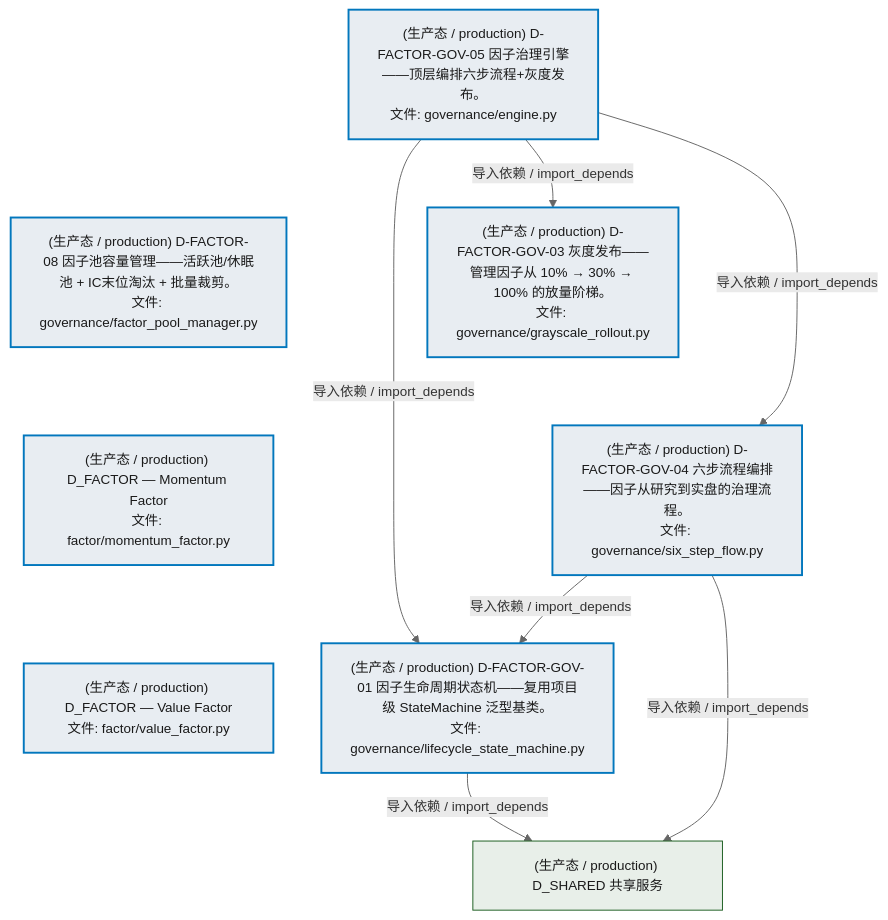
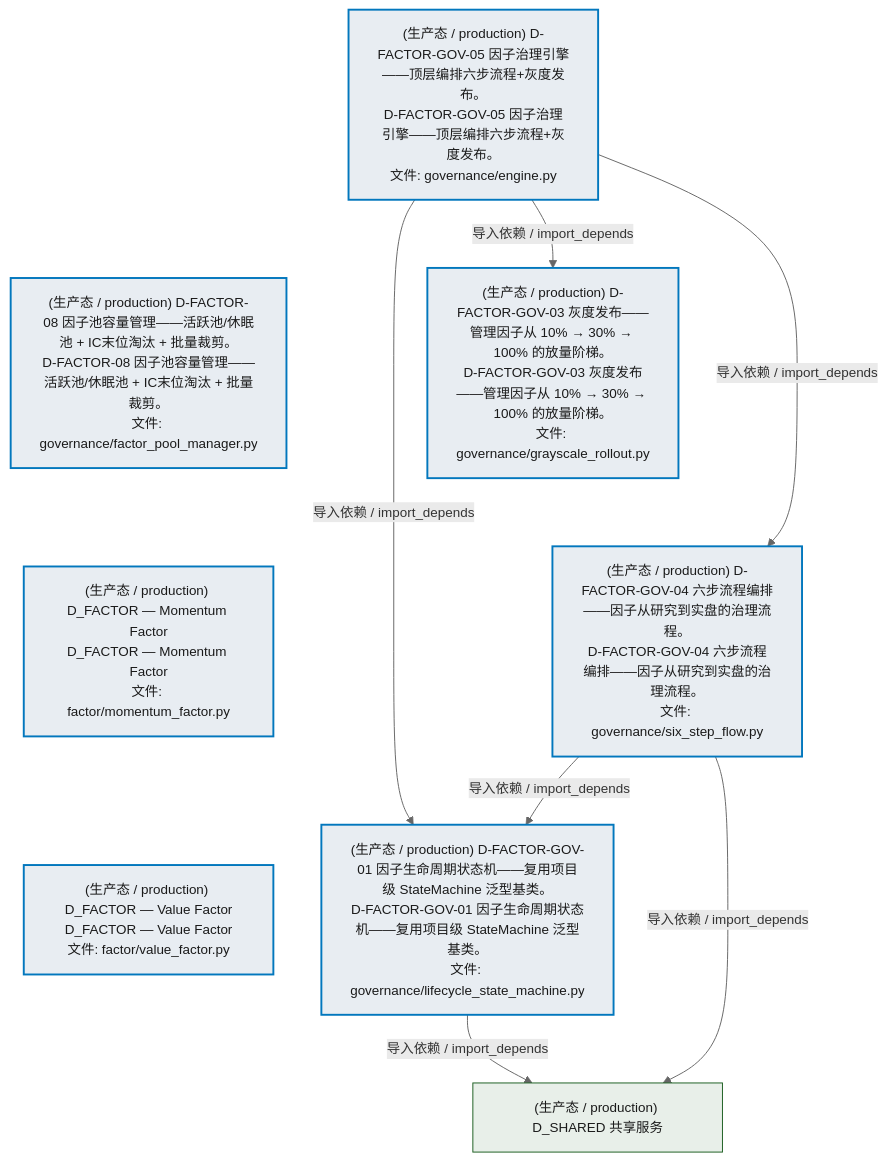
One commit to xuanFelixVan/ZephyrAlpha changed the second of 4 diagrams in docs/02_enterprise_architecture/02_domain_architecture_docs/46_d_factor.md. Above: the diagram before and after it, drawn with Mermaid. The commit also changed other lines of this file and 80 other files, not shown here.

````diff
--- a/docs/02_enterprise_architecture/02_domain_architecture_docs/46_d_factor.md
+++ b/docs/02_enterprise_architecture/02_domain_architecture_docs/46_d_factor.md
@@ -212,28 +214,28 @@
 ```mermaid
 %%{init: {'theme': 'base', 'themeVariables': {'primaryColor': '#eaeaea', 'primaryTextColor': '#333333', 'primaryBorderColor': '#666666', 'lineColor': '#666666', 'secondaryColor': '#eaeaea', 'tertiaryColor': '#eaeaea', 'fontSize': '14px'}}}%%
 flowchart TD
-    src_zephyr_factor_governance_engine_py["(生产态 / production) D-FACTOR-GOV-05 因子治理引擎——顶层编排六步流程+灰度发布。<br/>文件: governance/engine.py"]
-    src_zephyr_factor_governance_factor_pool_manager_py["(生产态 / production) D-FACTOR-08 因子池容量管理——活跃池/休眠池 + IC末位淘汰 + 批量裁剪。<br/>文件: governance/factor_pool_manager.py"]
-    src_zephyr_factor_momentum_factor_py["(生产态 / production) D_FACTOR — Momentum Factor<br/>文件: factor/momentum_factor.py"]
-    src_zephyr_factor_value_factor_py["(生产态 / production) D_FACTOR — Value Factor<br/>文件: factor/value_factor.py"]
+    src_zephyr_factor_governance_engine_py["(生产态 / production) D-FACTOR-GOV-05 因子治理引擎——顶层编排六步流程+灰度发布。<br/>D-FACTOR-GOV-05 因子治理引擎——顶层编排六步流程+灰度发布。<br/>文件: governance/engine.py"]
+    src_zephyr_factor_governance_factor_pool_manager_py["(生产态 / production) D-FACTOR-08 因子池容量管理——活跃池/休眠池 + IC末位淘汰 + 批量裁剪。<br/>D-FACTOR-08 因子池容量管理——活跃池/休眠池 + IC末位淘汰 + 批量裁剪。<br/>文件: governance/factor_pool_manager.py"]
+    src_zephyr_factor_momentum_factor_py["(生产态 / production) D_FACTOR — Momentum Factor<br/>D_FACTOR — Momentum Factor<br/>文件: factor/momentum_factor.py"]
+    src_zephyr_factor_value_factor_py["(生产态 / production) D_FACTOR — Value Factor<br/>D_FACTOR — Value Factor<br/>文件: factor/value_factor.py"]
     src_zephyr_factor_governance_engine_py ~~~ src_zephyr_factor_governance_factor_pool_manager_py
     src_zephyr_factor_governance_factor_pool_manager_py ~~~ src_zephyr_factor_momentum_factor_py
     src_zephyr_factor_momentum_factor_py ~~~ src_zephyr_factor_value_factor_py
-    src_zephyr_factor_governance_grayscale_rollout_py["(生产态 / production) D-FACTOR-GOV-03 灰度发布——管理因子从 10% → 30% → 100% 的放量阶梯。<br/>文件: governance/grayscale_rollout.py"]
-    src_zephyr_factor_governance_six_step_flow_py["(生产态 / production) D-FACTOR-GOV-04 六步流程编排——因子从研究到实盘的治理流程。<br/>文件: governance/six_step_flow.py"]
+    src_zephyr_factor_governance_grayscale_rollout_py["(生产态 / production) D-FACTOR-GOV-03 灰度发布——管理因子从 10% → 30% → 100% 的放量阶梯。<br/>D-FACTOR-GOV-03 灰度发布——管理因子从 10% → 30% → 100% 的放量阶梯。<br/>文件: governance/grayscale_rollout.py"]
+    src_zephyr_factor_governance_six_step_flow_py["(生产态 / production) D-FACTOR-GOV-04 六步流程编排——因子从研究到实盘的治理流程。<br/>D-FACTOR-GOV-04 六步流程编排——因子从研究到实盘的治理流程。<br/>文件: governance/six_step_flow.py"]
     src_zephyr_factor_governance_grayscale_rollout_py ~~~ src_zephyr_factor_governance_six_step_flow_py
-    src_zephyr_factor_governance_lifecycle_state_machine_py["(生产态 / production) D-FACTOR-GOV-01 因子生命周期状态机——复用项目级 StateMachine 泛型基类。<br/>文件: governance/lifecycle_state_machine.py"]
+    src_zephyr_factor_governance_lifecycle_state_machine_py["(生产态 / production) D-FACTOR-GOV-01 因子生命周期状态机——复用项目级 StateMachine 泛型基类。<br/>D-FACTOR-GOV-01 因子生命周期状态机——复用项目级 StateMachine 泛型基类。<br/>文件: governance/lifecycle_state_machine.py"]
+    src_zephyr_factor_governance_engine_py -->|导入依赖 / import_depends| src_zephyr_factor_governance_lifecycle_state_machine_py
+    src_zephyr_factor_governance_engine_py -->|导入依赖 / import_depends| src_zephyr_factor_governance_six_step_flow_py
     src_zephyr_factor_governance_engine_py -->|导入依赖 / import_depends| src_zephyr_factor_governance_grayscale_rollout_py
-    src_zephyr_factor_governance_engine_py -->|导入依赖 / import_depends| src_zephyr_factor_governance_six_step_flow_py
-    src_zephyr_factor_governance_engine_py -->|导入依赖 / import_depends| src_zephyr_factor_governance_lifecycle_state_machine_py
     src_zephyr_factor_governance_six_step_flow_py -->|导入依赖 / import_depends| src_zephyr_factor_governance_lifecycle_state_machine_py
     D_SHARED["(生产态 / production) D_SHARED 共享服务"]
     src_zephyr_factor_governance_lifecycle_state_machine_py -->|导入依赖 / import_depends| D_SHARED
     src_zephyr_factor_governance_six_step_flow_py -->|导入依赖 / import_depends| D_SHARED
     classDef production fill:#e8edf2,stroke:#0277bd,stroke-width:2px,color:#1a1a1a
     classDef design fill:#f0ebe3,stroke:#bf360c,stroke-width:2px,color:#1a1a1a,stroke-dasharray: 5 5
     classDef external_prod fill:#e8efe9,stroke:#1b5e20,stroke-width:1px,color:#1a1a1a
     classDef external_design fill:#efe5ea,stroke:#880e4f,stroke-width:1px,color:#1a1a1a,stroke-dasharray: 5 5
     class src_zephyr_factor_governance_engine_py,src_zephyr_factor_governance_factor_pool_manager_py,src_zephyr_factor_governance_grayscale_rollout_py,src_zephyr_factor_governance_lifecycle_state_machine_py,src_zephyr_factor_governance_six_step_flow_py,src_zephyr_factor_momentum_factor_py,src_zephyr_factor_value_factor_py production
     class D_SHARED external_prod
 ```
````
